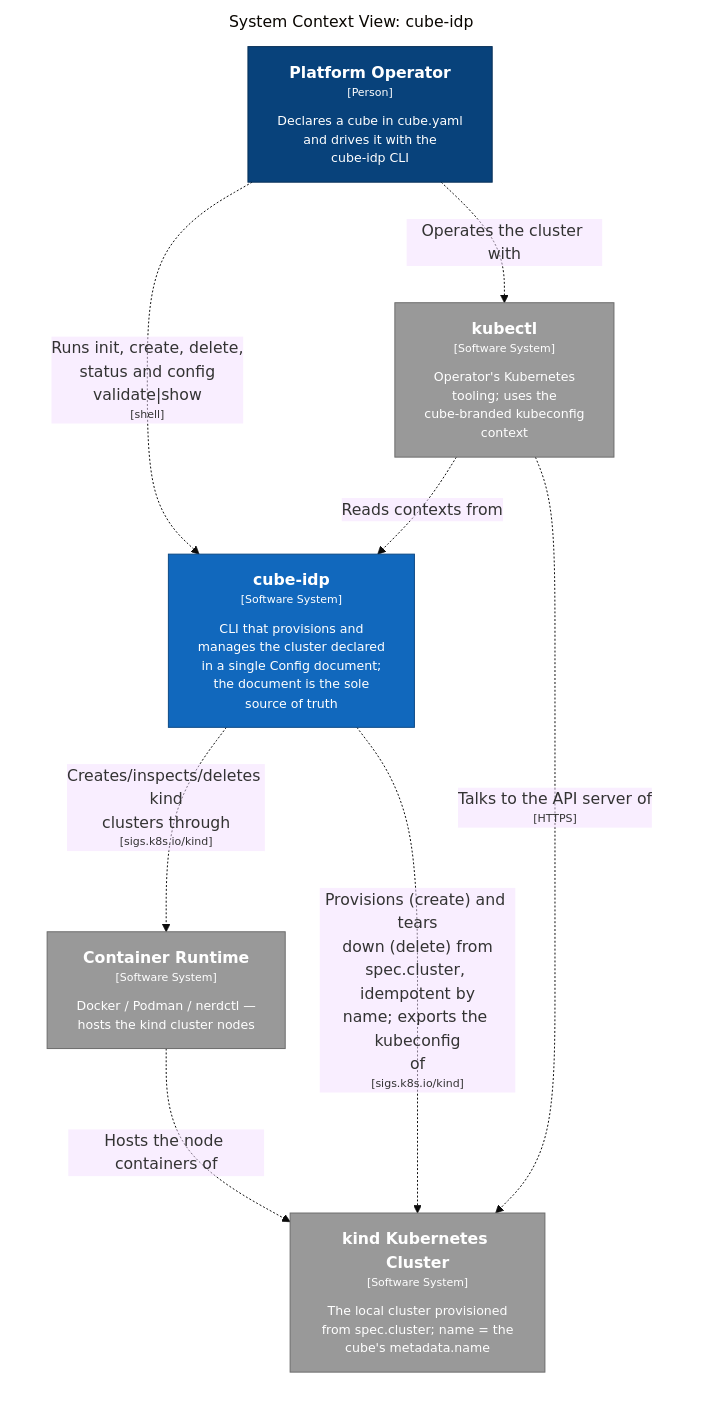
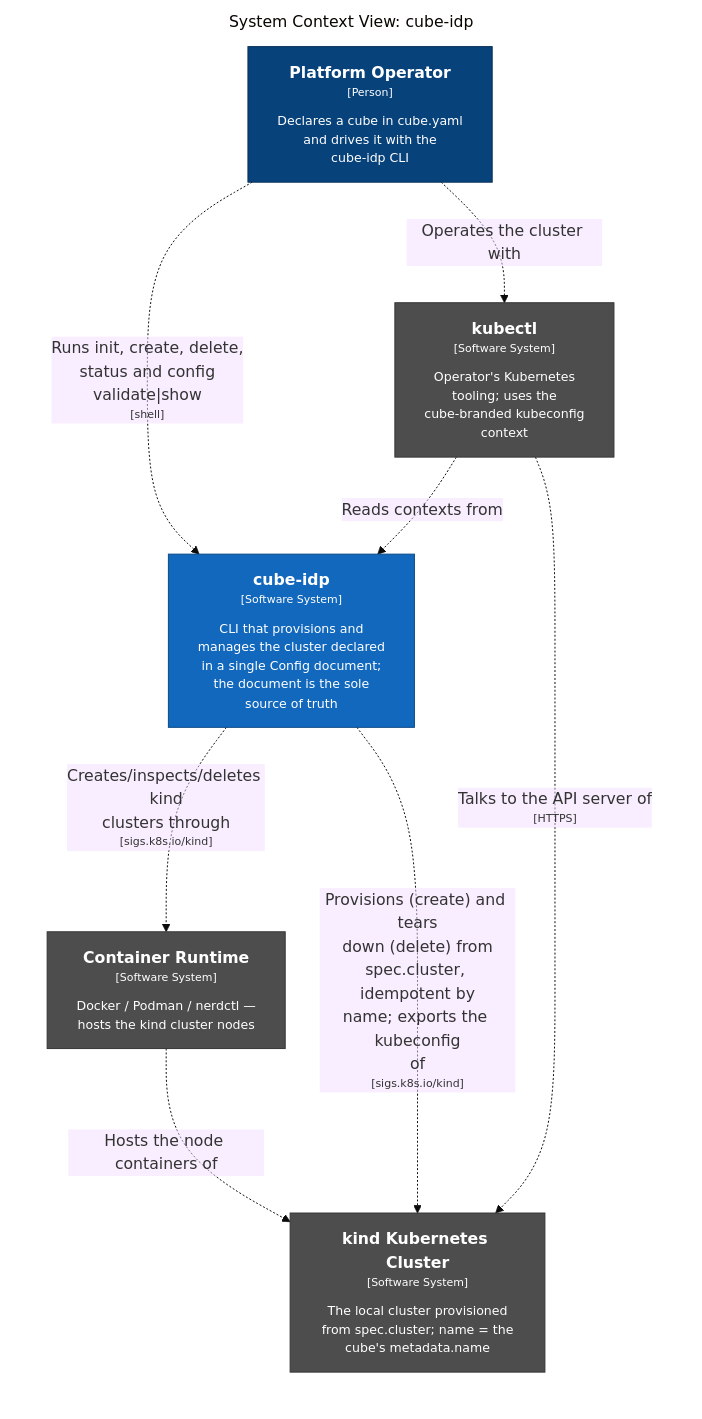
One commit to cube-idp/cube-idp changed the first of 3 diagrams in docs/ARCHITECTURE.md. Above: the diagram before and after it, drawn with Mermaid (base theme). The commit also changed other lines of this file and 4 other files, not shown here.

First line of the commit message:
docs(c4): readable diagram palette — dark externals, black relationship lines

````diff
--- a/docs/ARCHITECTURE.md
+++ b/docs/ARCHITECTURE.md
@@ -154,28 +154,28 @@
 ```mermaid
 graph LR
   linkStyle default fill:#ffffff
 
   subgraph diagram ["System Context View: cube-idp"]
     style diagram fill:#ffffff,stroke:#ffffff
 
     1["<div style='font-weight: bold'>Platform Operator</div><div style='font-size: 70%; margin-top: 0px'>[Person]</div><div style='font-size: 80%; margin-top:10px'>Declares a cube in cube.yaml<br />and drives it with the<br />cube-idp CLI</div>"]
     style 1 fill:#08427b,stroke:#052e56,color:#ffffff
     13["<div style='font-weight: bold'>Container Runtime</div><div style='font-size: 70%; margin-top: 0px'>[Software System]</div><div style='font-size: 80%; margin-top:10px'>Docker / Podman / nerdctl —<br />hosts the kind cluster nodes</div>"]
-    style 13 fill:#999999,stroke:#6b6b6b,color:#ffffff
+    style 13 fill:#4d4d4d,stroke:#353535,color:#ffffff
     14["<div style='font-weight: bold'>kind Kubernetes Cluster</div><div style='font-size: 70%; margin-top: 0px'>[Software System]</div><div style='font-size: 80%; margin-top:10px'>The local cluster provisioned<br />from spec.cluster; name = the<br />cube's metadata.name</div>"]
-    style 14 fill:#999999,stroke:#6b6b6b,color:#ffffff
+    style 14 fill:#4d4d4d,stroke:#353535,color:#ffffff
     15["<div style='font-weight: bold'>kubectl</div><div style='font-size: 70%; margin-top: 0px'>[Software System]</div><div style='font-size: 80%; margin-top:10px'>Operator's Kubernetes<br />tooling; uses the<br />cube-branded kubeconfig<br />context</div>"]
-    style 15 fill:#999999,stroke:#6b6b6b,color:#ffffff
+    style 15 fill:#4d4d4d,stroke:#353535,color:#ffffff
     2["<div style='font-weight: bold'>cube-idp</div><div style='font-size: 70%; margin-top: 0px'>[Software System]</div><div style='font-size: 80%; margin-top:10px'>CLI that provisions and<br />manages the cluster declared<br />in a single Config document;<br />the document is the sole<br />source of truth</div>"]
     style 2 fill:#1168bd,stroke:#0b4884,color:#ffffff
 
     1-. "<div>Runs init, create, delete,<br />status and config<br />validate|show</div><div style='font-size: 70%'>[shell]</div>" .->2
     1-. "<div>Operates the cluster with</div><div style='font-size: 70%'></div>" .->15
     15-. "<div>Reads contexts from</div><div style='font-size: 70%'></div>" .->2
     15-. "<div>Talks to the API server of</div><div style='font-size: 70%'>[HTTPS]</div>" .->14
     13-. "<div>Hosts the node containers of</div><div style='font-size: 70%'></div>" .->14
     2-. "<div>Creates/inspects/deletes kind<br />clusters through</div><div style='font-size: 70%'>[sigs.k8s.io/kind]</div>" .->13
     2-. "<div>Provisions (create) and tears<br />down (delete) from<br />spec.cluster, idempotent by<br />name; exports the kubeconfig<br />of</div><div style='font-size: 70%'>[sigs.k8s.io/kind]</div>" .->14
 
   end
 ```
````
